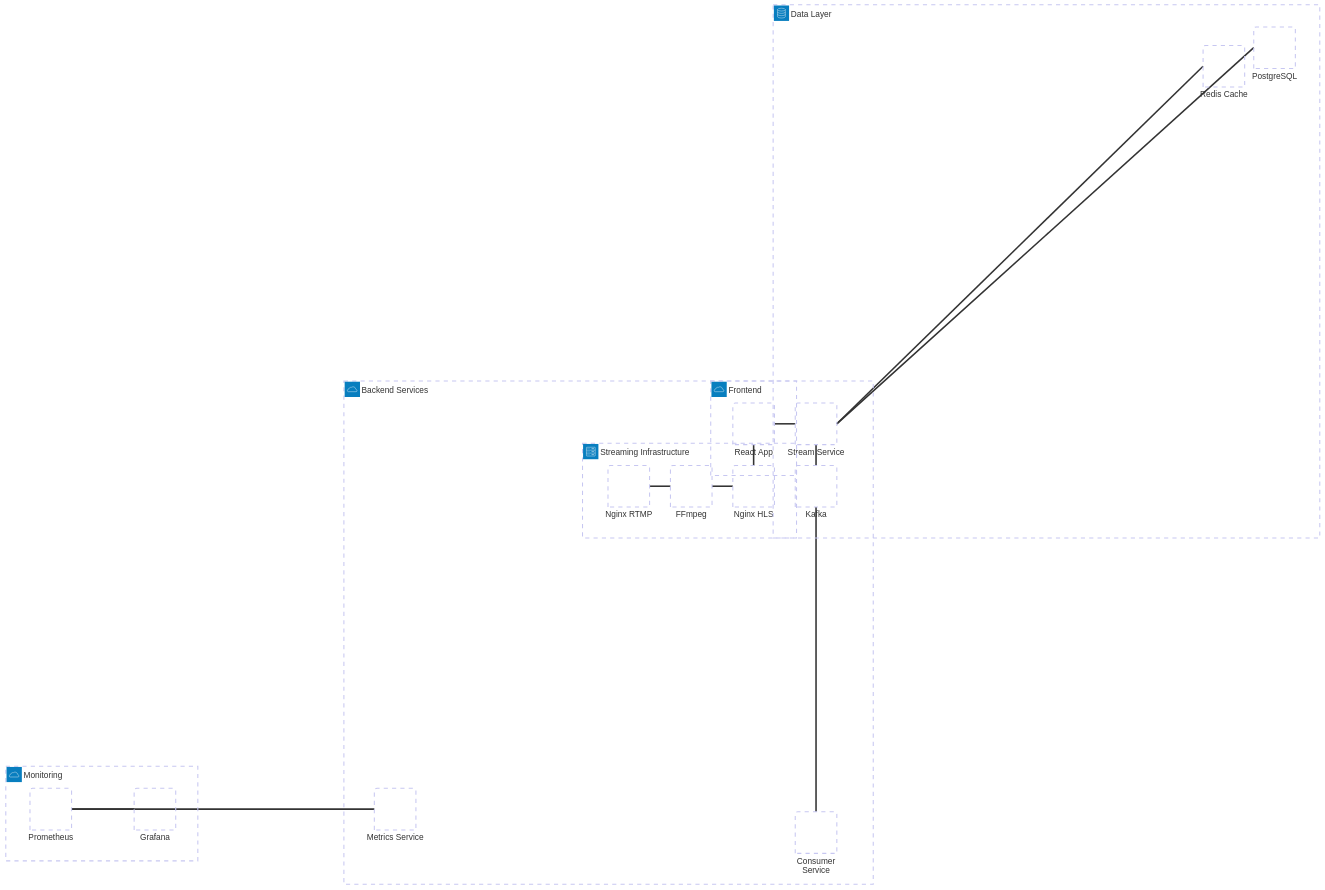
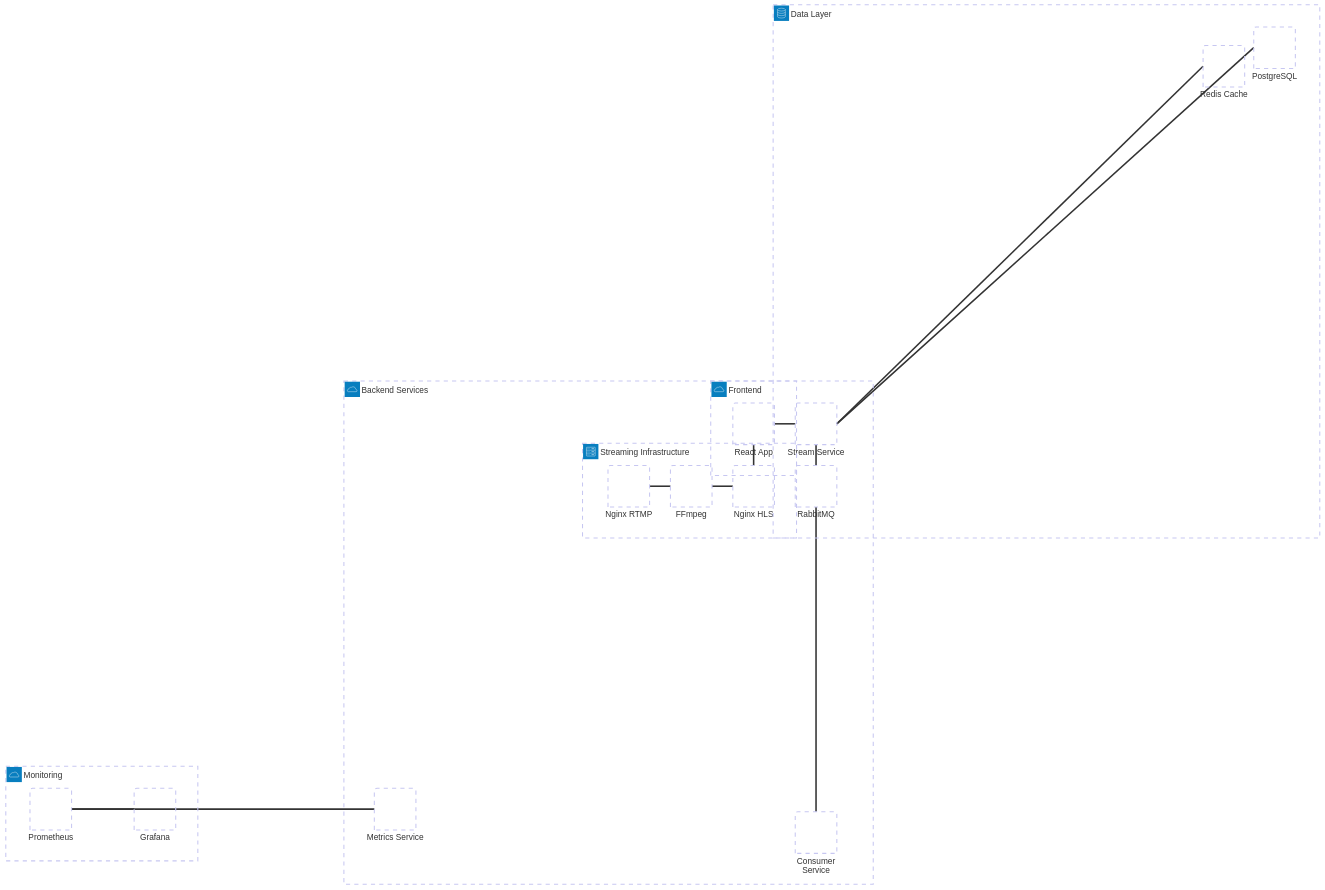
Before and after one commit to valter-junnior/tcc-streaming-platform: the diagram in docs/diagrams/01-arquitetura-geral.mermaid, drawn with Mermaid. The commit also changed 10 other files, not shown here.

```diff
--- a/docs/diagrams/01-arquitetura-geral.mermaid
+++ b/docs/diagrams/01-arquitetura-geral.mermaid
@@ -1,33 +1,33 @@
 architecture-beta
     group frontend(cloud)[Frontend]
     group backend(cloud)[Backend Services]
     group streaming(server)[Streaming Infrastructure]
     group data(database)[Data Layer]
     group monitoring(cloud)[Monitoring]
 
     service react[React App] in frontend
     service api[Stream Service] in backend
     service consumer[Consumer Service] in backend
     service metrics[Metrics Service] in backend
     
     service nginx_rtmp[Nginx RTMP] in streaming
     service ffmpeg[FFmpeg] in streaming
     service nginx_hls[Nginx HLS] in streaming
     
     service postgres[PostgreSQL] in data
     service redis[Redis Cache] in data
-    service kafka[Kafka] in data
+    service rabbitmq[RabbitMQ] in data
     
     service prometheus[Prometheus] in monitoring
     service grafana[Grafana] in monitoring
 
     react:R -- L:api
     api:R -- L:postgres
     api:R -- L:redis
-    api:B -- T:kafka
-    consumer:T -- B:kafka
+    api:B -- T:rabbitmq
+    consumer:T -- B:rabbitmq
     nginx_rtmp:R -- L:ffmpeg
     ffmpeg:R -- L:nginx_hls
     nginx_hls:T -- B:react
     metrics:L -- R:prometheus
     prometheus:R -- L:grafana
```
